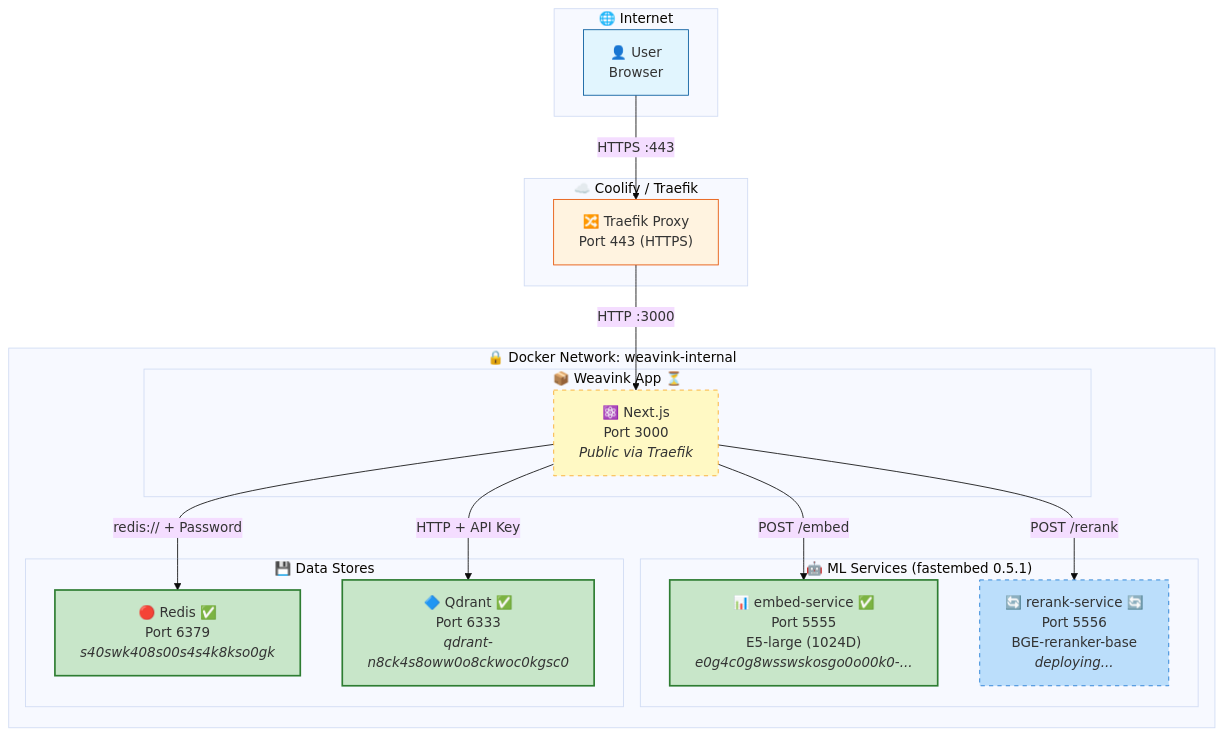
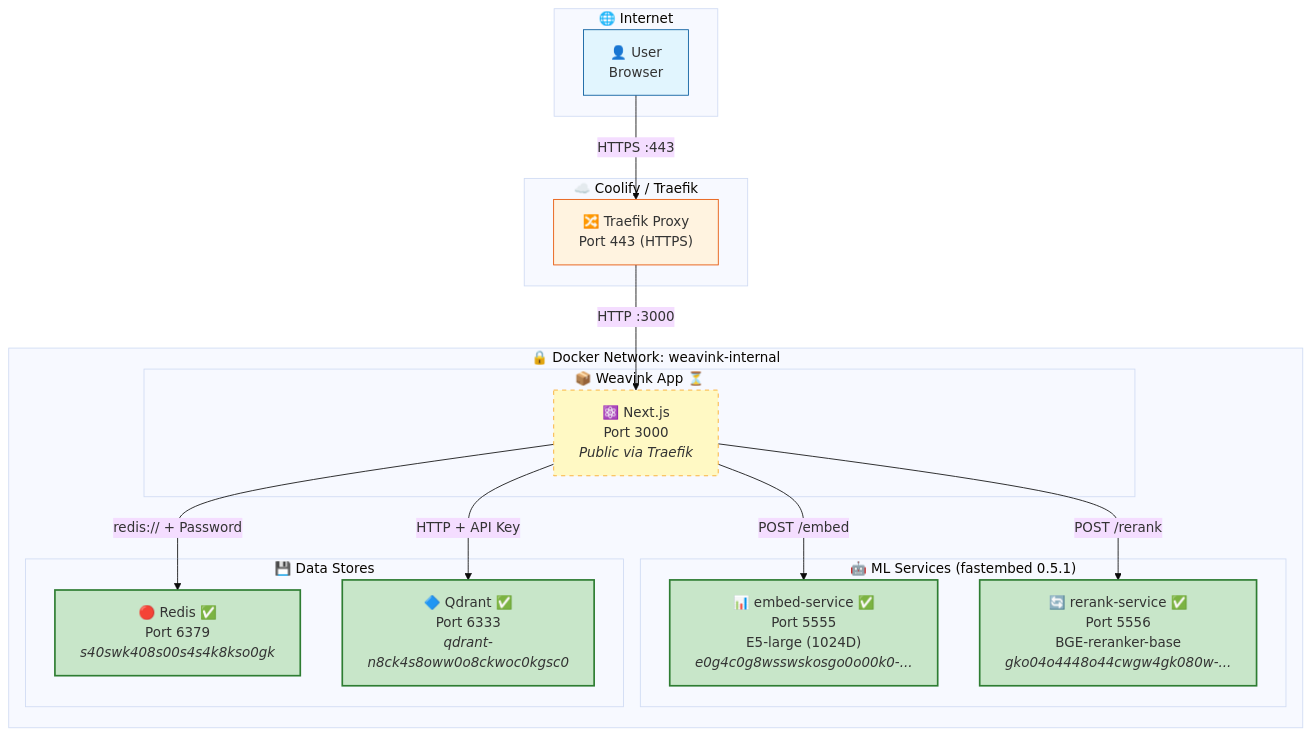
Before and after one commit to zulianileonardo-ops/Weavink-Prod: the first of 2 diagrams in documentation/guides/COOLIFY_SERVICE_NETWORKING.md, drawn with Mermaid (base theme). The commit also changed other lines of this file, not shown here.

First line of the commit message:
docs: update with rerank-service container name - all services deployed

````diff
--- a/documentation/guides/COOLIFY_SERVICE_NETWORKING.md
+++ b/documentation/guides/COOLIFY_SERVICE_NETWORKING.md
@@ -131,52 +131,52 @@
 ```mermaid
 flowchart TB
     subgraph Internet["🌐 Internet"]
         User["👤 User<br/>Browser"]
     end
 
     subgraph Coolify["☁️ Coolify / Traefik"]
         Traefik["🔀 Traefik Proxy<br/>Port 443 (HTTPS)"]
     end
 
     subgraph DockerNetwork["🔒 Docker Network: weavink-internal"]
         subgraph WeavinkApp["📦 Weavink App ⏳"]
             NextJS["⚛️ Next.js<br/>Port 3000<br/><i>Public via Traefik</i>"]
         end
 
         subgraph MLServices["🤖 ML Services (fastembed 0.5.1)"]
             Embed["📊 embed-service ✅<br/>Port 5555<br/>E5-large (1024D)<br/><i>e0g4c0g8wsswskosgo0o00k0-...</i>"]
-            Rerank["🔄 rerank-service 🔄<br/>Port 5556<br/>BGE-reranker-base<br/><i>deploying...</i>"]
+            Rerank["🔄 rerank-service ✅<br/>Port 5556<br/>BGE-reranker-base<br/><i>gko04o4448o44cwgw4gk080w-...</i>"]
         end
 
         subgraph DataStores["💾 Data Stores"]
             Redis["🔴 Redis ✅<br/>Port 6379<br/><i>s40swk408s00s4s4k8kso0gk</i>"]
             Qdrant["🔷 Qdrant ✅<br/>Port 6333<br/><i>qdrant-n8ck4s8oww0o8ckwoc0kgsc0</i>"]
         end
     end
 
     %% External connections
     User -->|"HTTPS :443"| Traefik
     Traefik -->|"HTTP :3000"| NextJS
 
     %% Internal connections from Weavink
     NextJS -->|"POST /embed"| Embed
     NextJS -->|"POST /rerank"| Rerank
     NextJS -->|"redis:// + Password"| Redis
     NextJS -->|"HTTP + API Key"| Qdrant
 
     %% Styling
     classDef internet fill:#e1f5fe,stroke:#01579b
     classDef proxy fill:#fff3e0,stroke:#e65100
     classDef app fill:#e8f5e9,stroke:#2e7d32
     classDef deployed fill:#c8e6c9,stroke:#2e7d32,stroke-width:2px
     classDef deploying fill:#bbdefb,stroke:#1976d2,stroke-dasharray: 5 5
     classDef pending fill:#fff9c4,stroke:#f9a825,stroke-dasharray: 5 5
     classDef data fill:#fce4ec,stroke:#c2185b
 
     class User internet
     class Traefik proxy
     class NextJS pending
     class Embed deployed
-    class Rerank deploying
+    class Rerank deployed
     class Redis,Qdrant deployed
 ```
````
